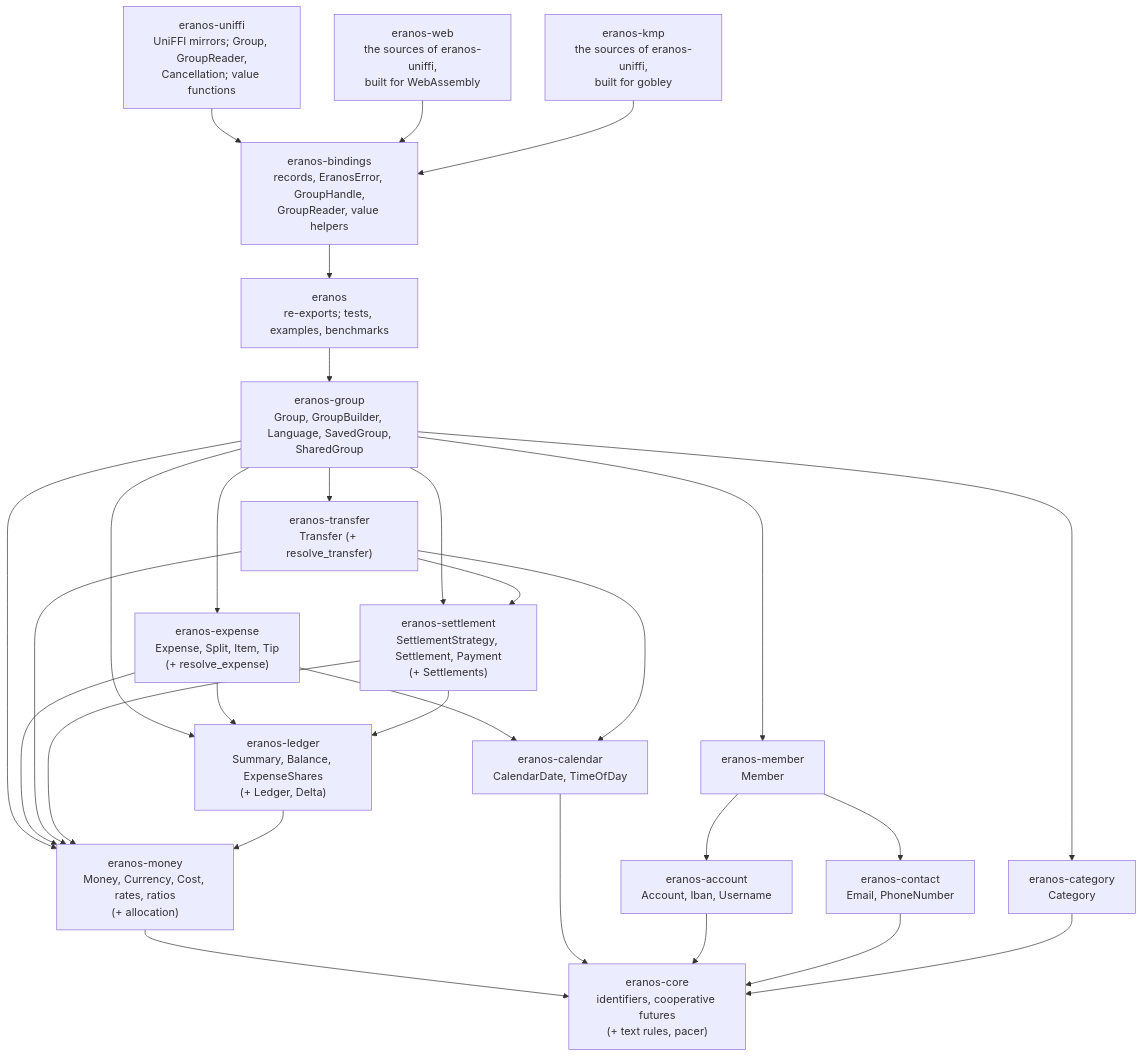
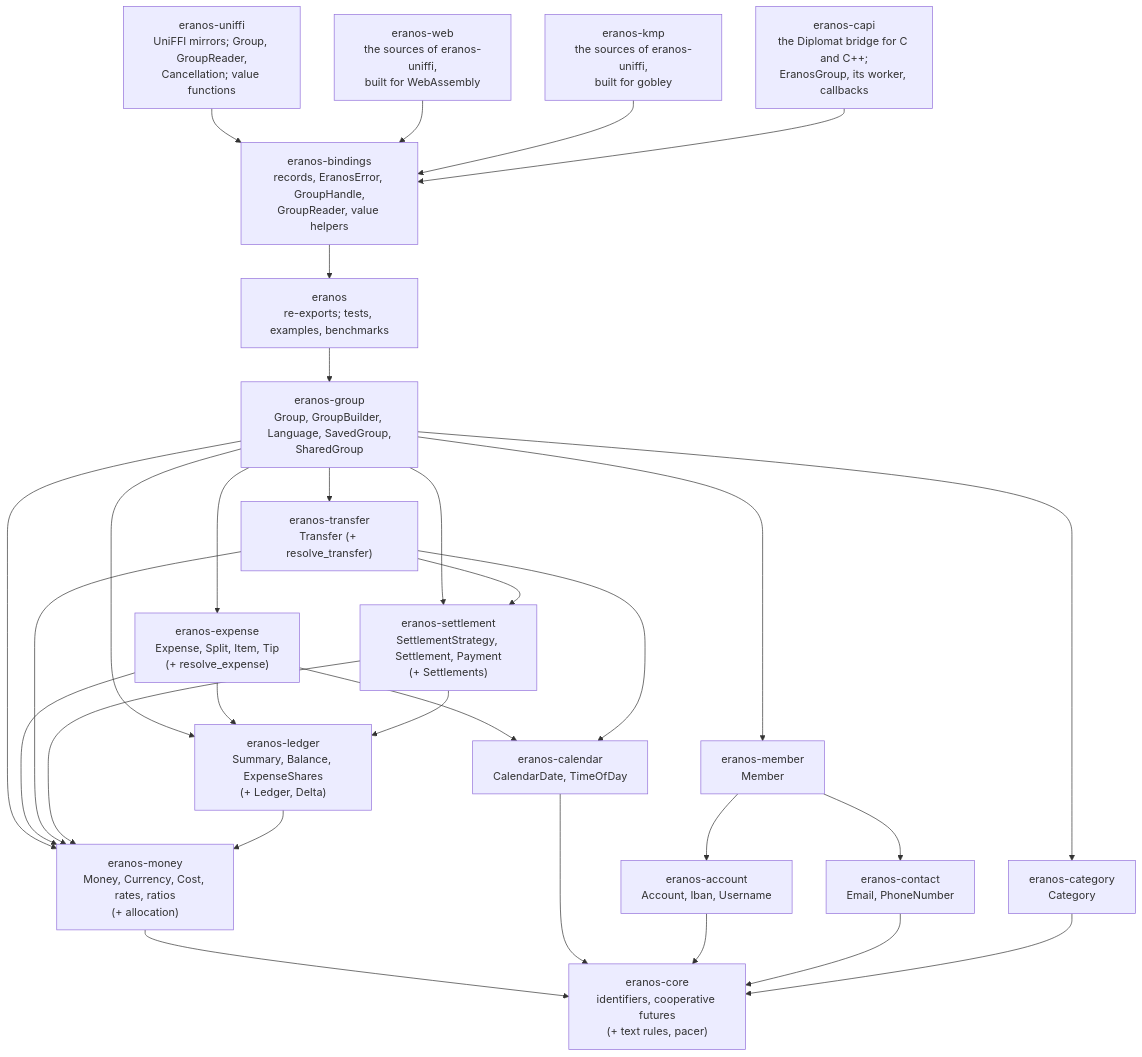
The first of 3 diagrams in docs/ARCHITECTURE.md (cristiancristea00/eranos), drawn with Mermaid before and after one commit. The commit also changed other lines of this file and 75 other files, not shown here.

````diff
--- a/docs/ARCHITECTURE.md
+++ b/docs/ARCHITECTURE.md
@@ -80,48 +81,50 @@
 ```mermaid
 flowchart TD
     UNIFFI["eranos-uniffi<br/>UniFFI mirrors; Group, GroupReader,<br/>Cancellation; value functions"]
     WEB["eranos-web<br/>the sources of eranos-uniffi,<br/>built for WebAssembly"]
     KMP["eranos-kmp<br/>the sources of eranos-uniffi,<br/>built for gobley"]
+    CAPI["eranos-capi<br/>the Diplomat bridge for C and C++;<br/>EranosGroup, its worker, callbacks"]
     BINDINGS["eranos-bindings<br/>records, EranosError, GroupHandle,<br/>GroupReader, value helpers"]
     FACADE["eranos<br/>re-exports; tests, examples, benchmarks"]
     GROUP["eranos-group<br/>Group, GroupBuilder, Language, SavedGroup,<br/>SharedGroup"]
     EXPENSE["eranos-expense<br/>Expense, Split, Item, Tip<br/>(+ resolve_expense)"]
     TRANSFER["eranos-transfer<br/>Transfer (+ resolve_transfer)"]
     MEMBER["eranos-member<br/>Member"]
     CATEGORY["eranos-category<br/>Category"]
     SETTLEMENT["eranos-settlement<br/>SettlementStrategy, Settlement, Payment<br/>(+ Settlements)"]
     ACCOUNT["eranos-account<br/>Account, Iban, Username"]
     CONTACT["eranos-contact<br/>Email, PhoneNumber"]
     LEDGER["eranos-ledger<br/>Summary, Balance, ExpenseShares<br/>(+ Ledger, Delta)"]
     CALENDAR["eranos-calendar<br/>CalendarDate, TimeOfDay"]
     MONEY["eranos-money<br/>Money, Currency, Cost, rates, ratios<br/>(+ allocation)"]
     CORE["eranos-core<br/>identifiers, cooperative futures<br/>(+ text rules, pacer)"]
     UNIFFI --> BINDINGS
     WEB --> BINDINGS
     KMP --> BINDINGS
+    CAPI --> BINDINGS
     BINDINGS --> FACADE
     FACADE --> GROUP
     GROUP --> EXPENSE
     GROUP --> TRANSFER
     GROUP --> MEMBER
     GROUP --> CATEGORY
     GROUP --> SETTLEMENT
     GROUP --> LEDGER
     GROUP --> MONEY
     EXPENSE --> LEDGER
     EXPENSE --> CALENDAR
     EXPENSE --> MONEY
     TRANSFER --> SETTLEMENT
     TRANSFER --> CALENDAR
     TRANSFER --> MONEY
     MEMBER --> ACCOUNT
     MEMBER --> CONTACT
     SETTLEMENT --> LEDGER
     SETTLEMENT --> MONEY
     LEDGER --> MONEY
     MONEY --> CORE
     CALENDAR --> CORE
     ACCOUNT --> CORE
     CONTACT --> CORE
     CATEGORY --> CORE
 ```
````
